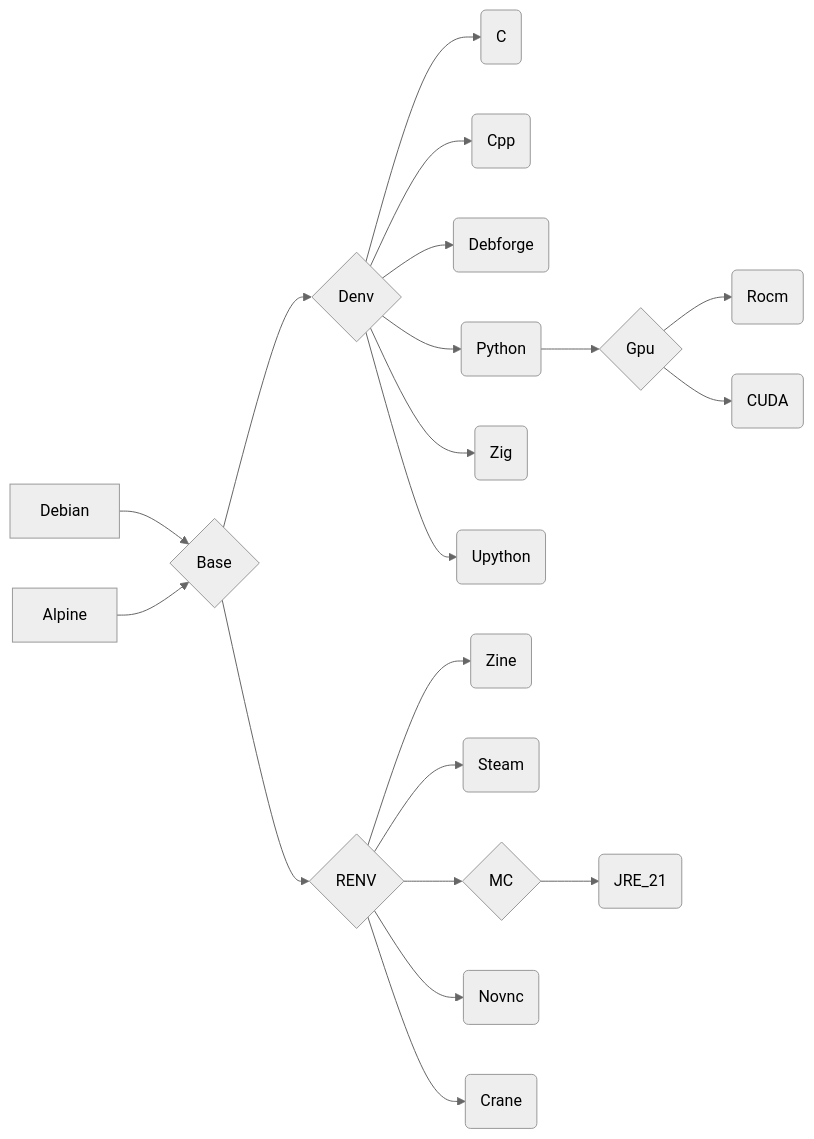
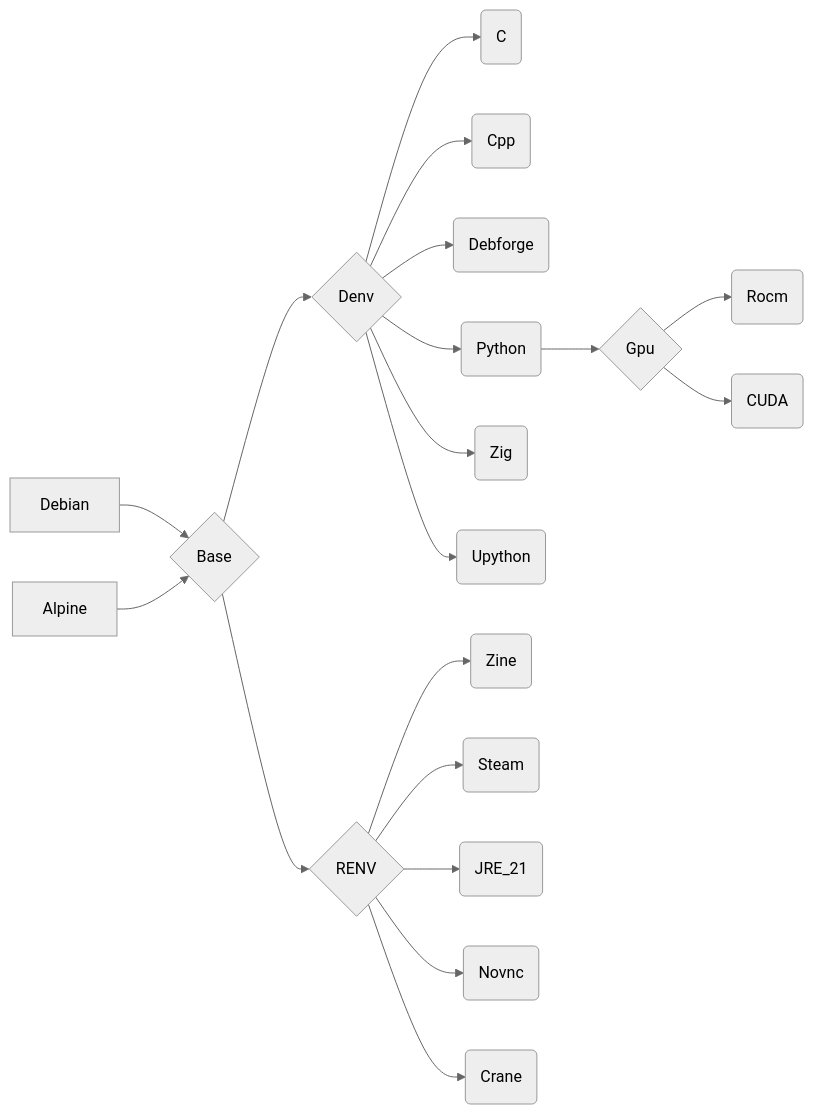
One commit to eoeair/cenv changed the diagram in README.md. Above: the diagram before and after it, drawn with Mermaid (neutral theme). The commit also changed 5 other files, not shown here.

````diff
--- a/README.md
+++ b/README.md
@@ -52,23 +52,23 @@
 ```mermaid
 graph LR
 Debian-->B{Base}
 Alpine-->B
 
 B-->D{Denv}
 D-->DA(C)
 D-->DB(Cpp)
 D-->DF(Debforge)
 D-->DC(Python)
 D-->DD(Zig)
 D-->DE(Upython)
 
 DC-->G{Gpu}-->GA(Rocm)
 G-->GB(CUDA)
 
 B-->R{RENV}
 R-->RA(Zine)
 R-->RB(Steam)
-R-->RC{MC}-->RCA(JRE_21)
+R-->RC(JRE_21)
 R-->RD(Novnc)
 R-->RE(Crane)
 ```
````
